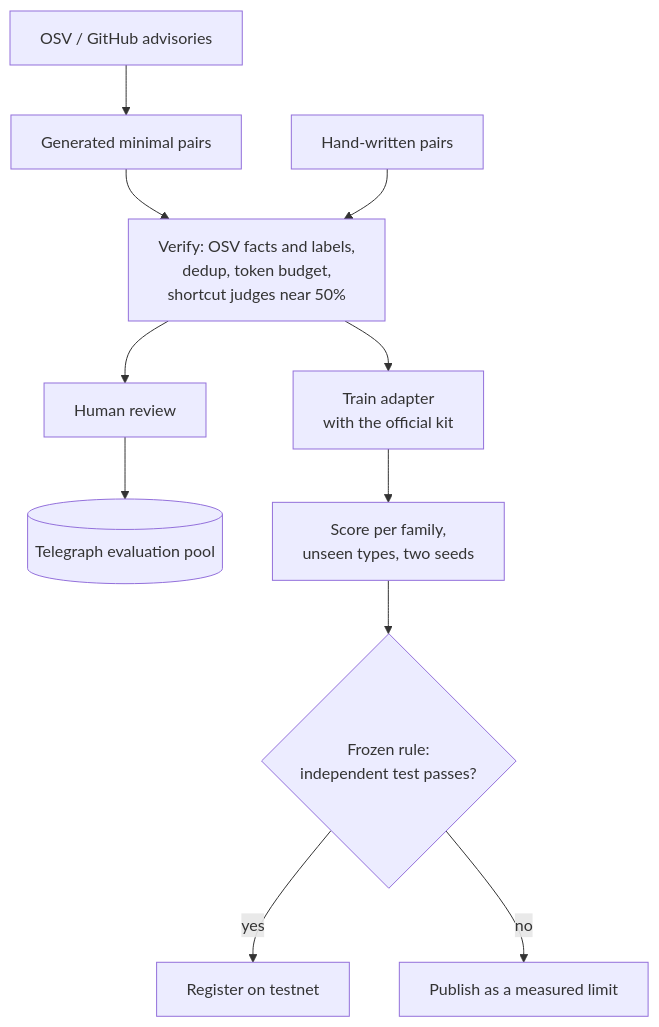
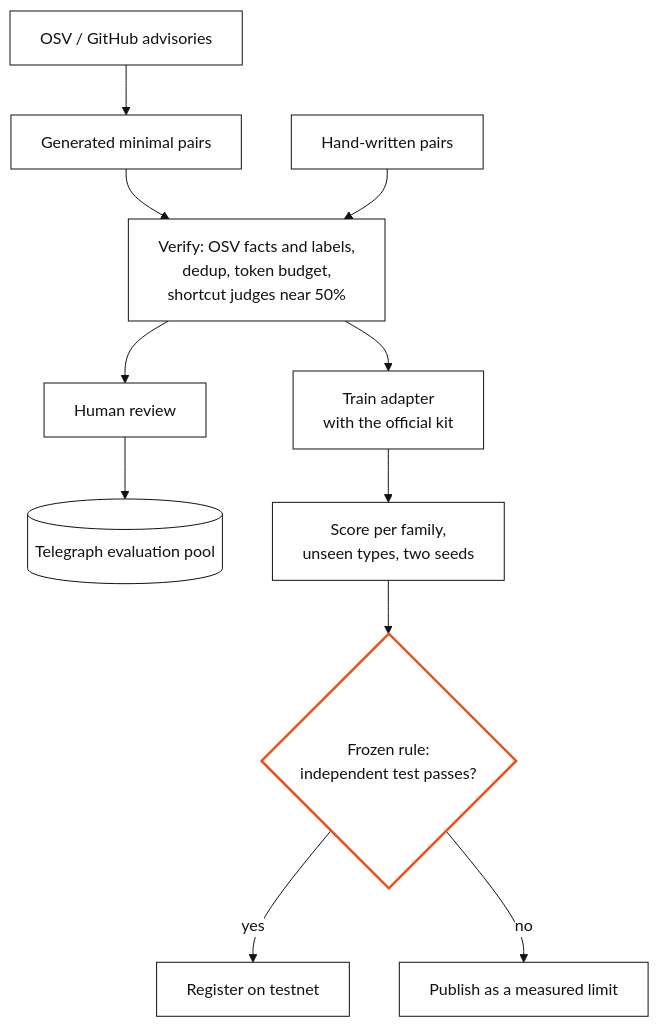
Before and after one commit to Ritapossible/AdversarialEval: the diagram in README.md, drawn with Mermaid. The commit also changed 3 other files, not shown here.

First line of the commit message:
README: ink-style anatomy image and a matching pipeline diagram

````diff
--- a/README.md
+++ b/README.md
@@ -76,15 +76,18 @@
 ```mermaid
+%%{init: {"theme": "base", "themeVariables": {"background": "#ffffff", "primaryColor": "#ffffff", "primaryBorderColor": "#111111", "primaryTextColor": "#111111", "lineColor": "#111111", "secondaryColor": "#ffffff", "tertiaryColor": "#ffffff", "edgeLabelBackground": "#ffffff"}}}%%
 flowchart TB
   OSV[OSV / GitHub advisories] --> GEN[Generated minimal pairs]
   HAND[Hand-written pairs]
   GEN --> CHECK
   HAND --> CHECK
   CHECK[Verify: OSV facts and labels,<br/>dedup, token budget,<br/>shortcut judges near 50%]
   CHECK --> REVIEW[Human review]
   REVIEW --> POOL[(Telegraph evaluation pool)]
   CHECK --> TRAIN[Train adapter<br/>with the official kit]
   TRAIN --> SCORE[Score per family,<br/>unseen types, two seeds]
   SCORE --> RULE{Frozen rule:<br/>independent test passes?}
   RULE -->|yes| REG[Register on testnet]
   RULE -->|no| LIMIT[Publish as a measured limit]
+  classDef accent fill:#ffffff,stroke:#e8501c,stroke-width:2.5px,color:#111111
+  class RULE accent
 ```
````
